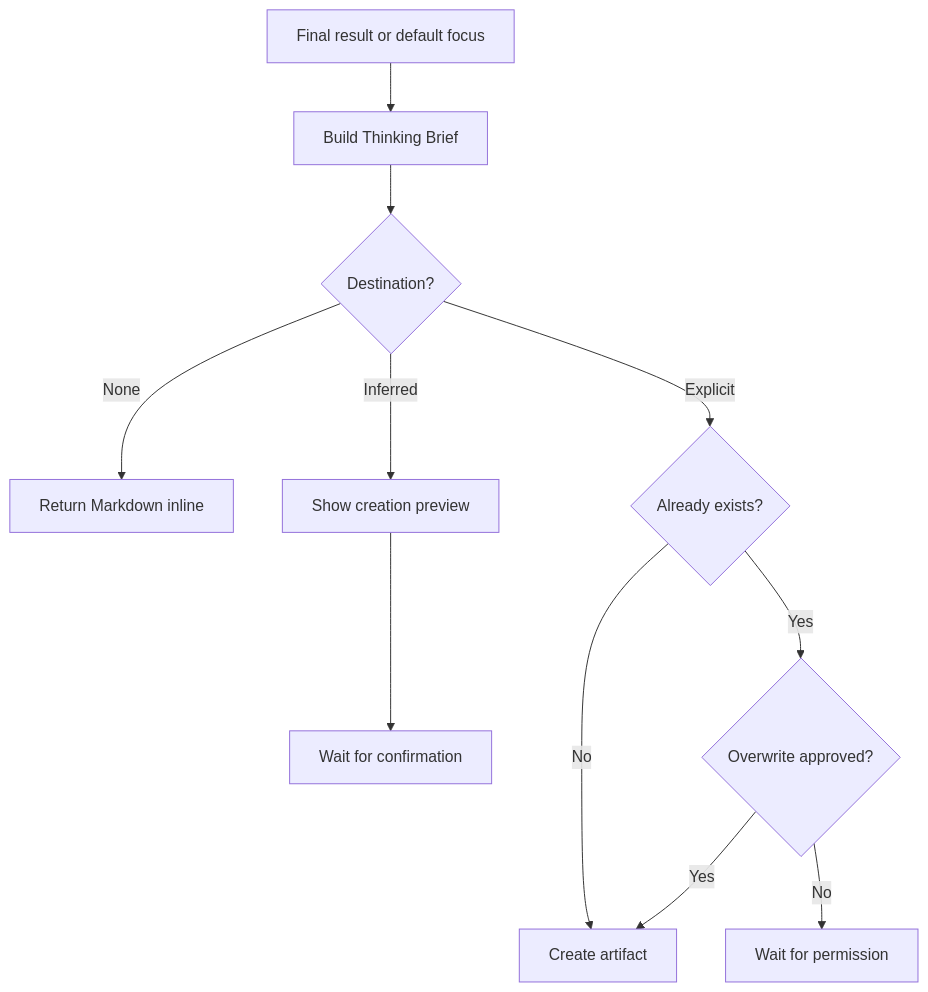
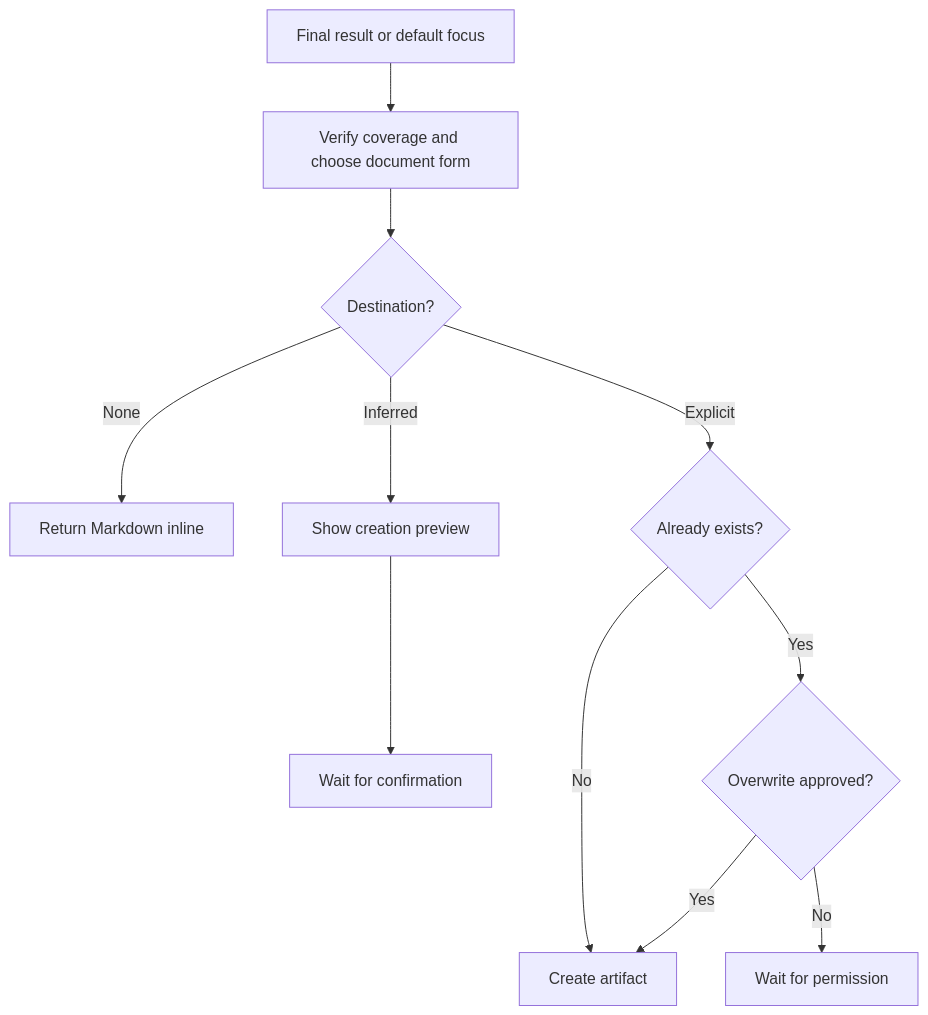
The diagram in plugins/think-it-through/skills/think-to-brief/SKILL.md (thevzion/think-it-through), drawn with Mermaid before and after one commit. The commit also changed other lines of this file and 6 other files, not shown here.

````diff
--- a/plugins/think-it-through/skills/think-to-brief/SKILL.md
+++ b/plugins/think-it-through/skills/think-to-brief/SKILL.md
@@ -19,13 +19,13 @@
 ```mermaid
 flowchart TD
-    A["Final result or default focus"] --> B["Build Thinking Brief"]
+    A["Final result or default focus"] --> B["Verify coverage and choose document form"]
     B --> C{"Destination?"}
     C -->|None| D["Return Markdown inline"]
     C -->|Inferred| E["Show creation preview"]
     E --> F["Wait for confirmation"]
     C -->|Explicit| G{"Already exists?"}
     G -->|No| H["Create artifact"]
     G -->|Yes| I{"Overwrite approved?"}
     I -->|Yes| H
     I -->|No| J["Wait for permission"]
 ```
````
